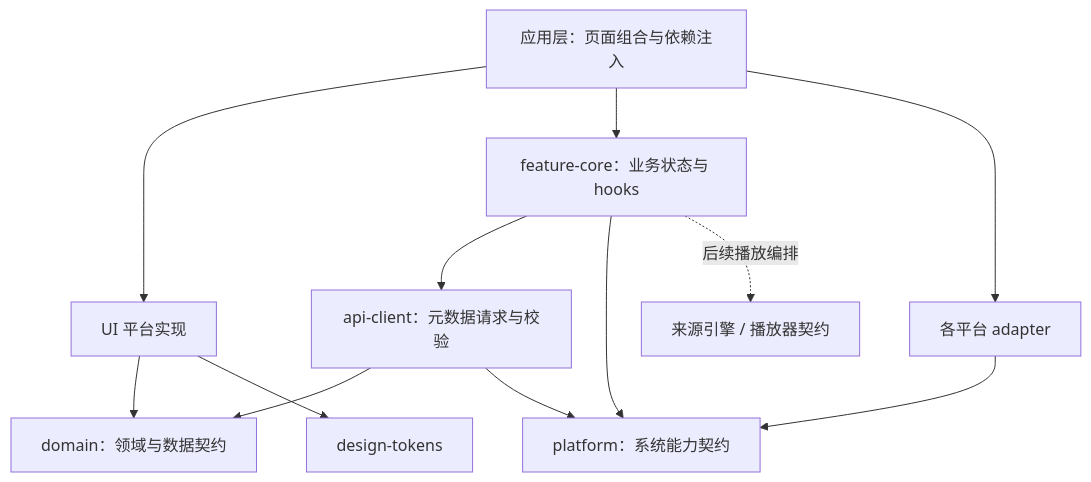
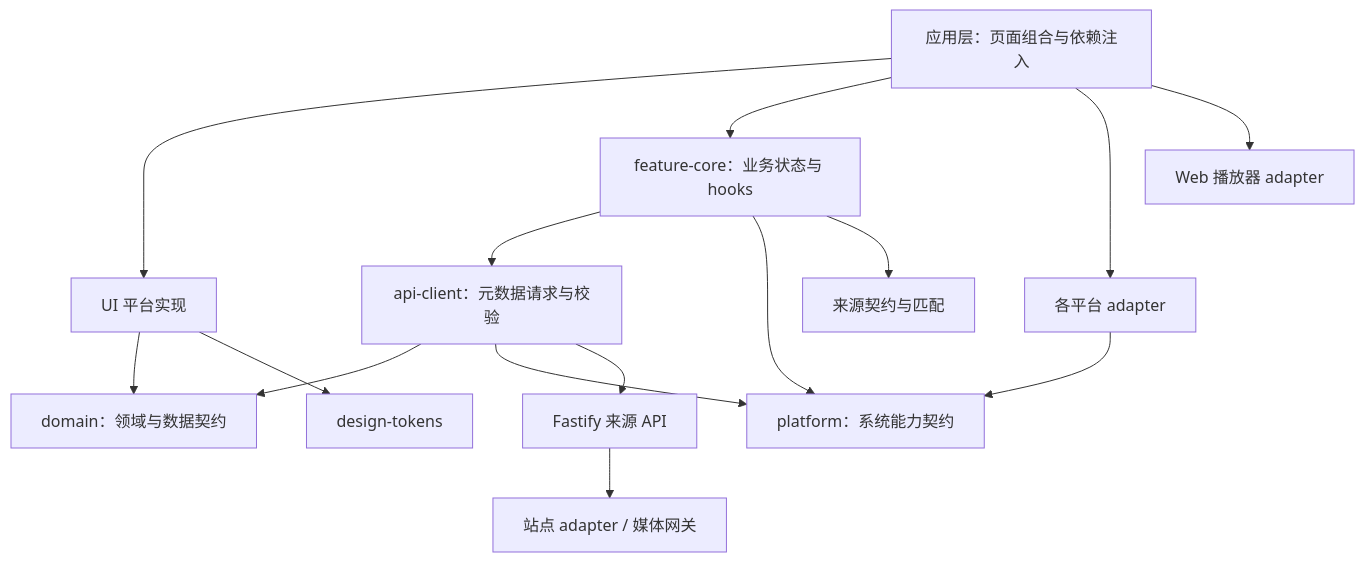
The diagram in README.md (kemengwang/hanacg), drawn with Mermaid before and after one commit. The commit also changed other lines of this file and 47 other files, not shown here.

````diff
--- a/README.md
+++ b/README.md
@@ -57,14 +61,17 @@
 ```mermaid
 flowchart TB
     Apps[应用层：页面组合与依赖注入] --> UI[UI 平台实现]
     Apps --> Core[feature-core：业务状态与 hooks]
     Apps --> Adapters[各平台 adapter]
     UI --> Domain[domain：领域与数据契约]
     UI --> Tokens[design-tokens]
     Core --> API[api-client：元数据请求与校验]
     Core --> Platform[platform：系统能力契约]
     API --> Domain
     API --> Platform
     Adapters --> Platform
-    Core -. 后续播放编排 .-> Playback[来源引擎 / 播放器契约]
+    Core --> Playback[来源契约与匹配]
+    API --> Server[Fastify 来源 API]
+    Server --> Sources[站点 adapter / 媒体网关]
+    Apps --> Player[Web 播放器 adapter]
 ```
````
